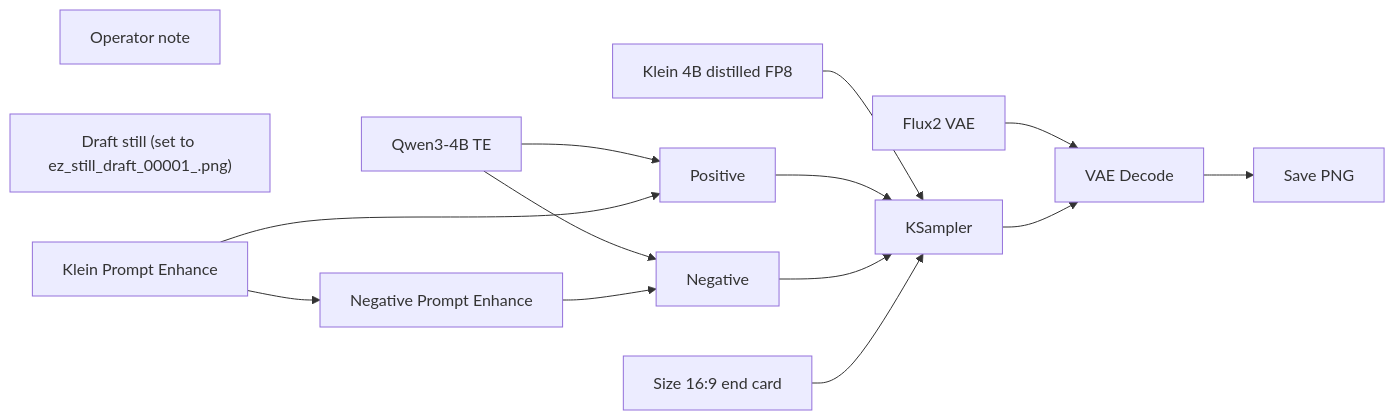
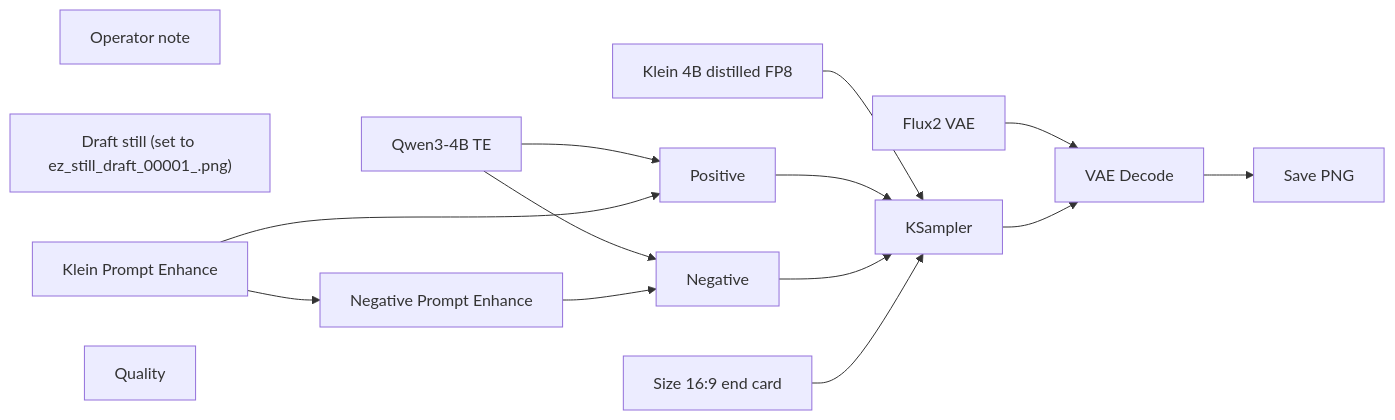
Before and after one commit to toxicoder/ez-comfy-stack: the diagram in docs/generated/workflows/klein/endcard-cta.md, drawn with Mermaid. The commit also changed other lines of this file and 644 other files, not shown here.

````diff
--- a/docs/generated/workflows/klein/endcard-cta.md
+++ b/docs/generated/workflows/klein/endcard-cta.md
@@ -49,28 +49,29 @@
 ```mermaid
 flowchart LR
   N1["Klein 4B distilled FP8"]
   N2["Qwen3-4B TE"]
   N3["Flux2 VAE"]
   N4["Positive"]
   N5["Negative"]
   N6["Size 16:9 end card"]
   N7["KSampler"]
   N8["VAE Decode"]
   N9["Save PNG"]
   N10["Operator note"]
   N11["Draft still (set to ez_still_draft_00001_.png)"]
   N12["Klein Prompt Enhance"]
   N13["Negative Prompt Enhance"]
+  N14["Quality"]
   N1 --> N7
   N2 --> N4
   N2 --> N5
   N3 --> N8
   N4 --> N7
   N5 --> N7
   N6 --> N7
   N7 --> N8
   N8 --> N9
   N12 --> N4
   N12 --> N13
   N13 --> N5
 ```
````
